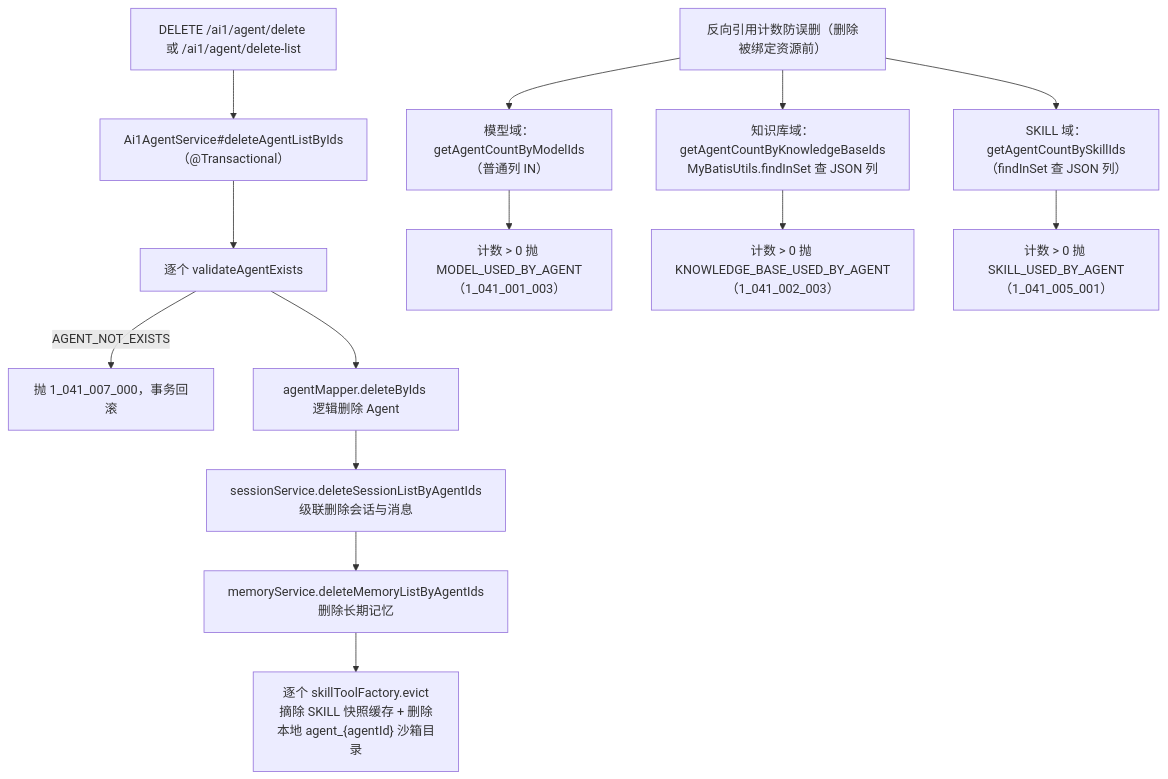
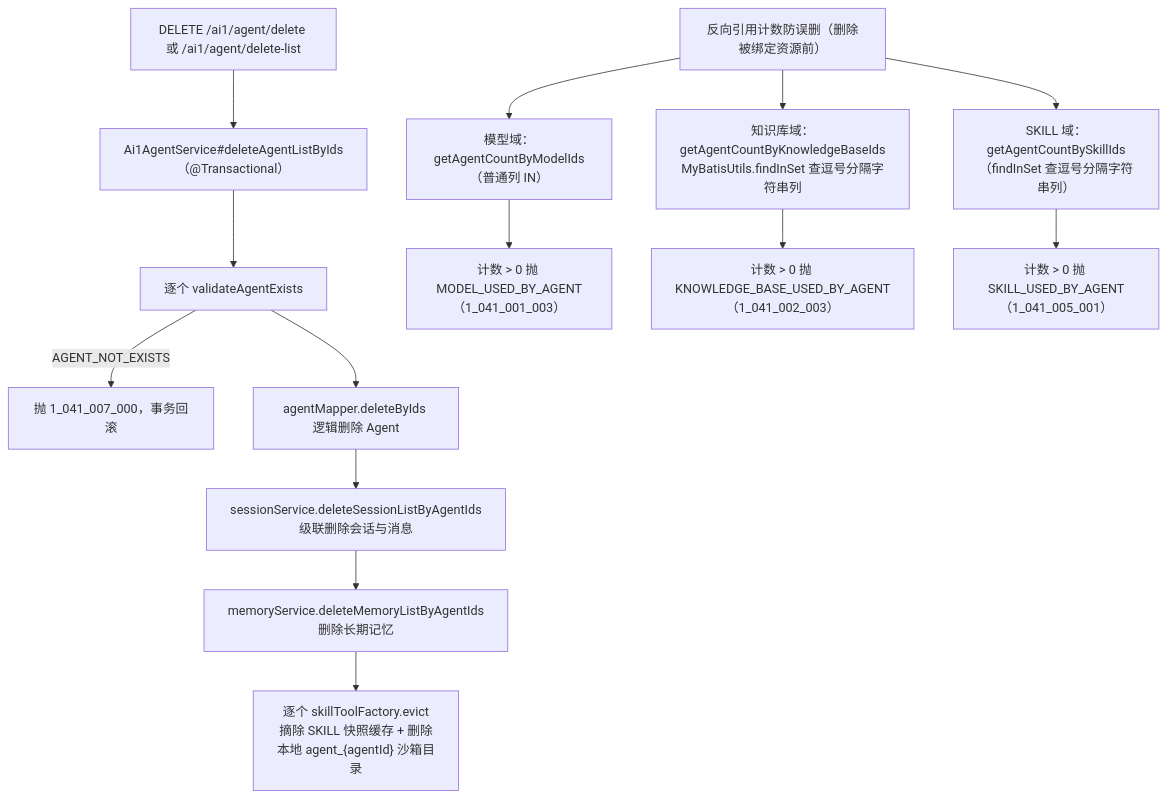
One commit to cilangzzz/yudao-skill-pro changed the second of 2 diagrams in docs/modules/ai1/api-agent.md. Above: the diagram before and after it, drawn with Mermaid. The commit also changed other lines of this file and 176 other files, not shown here.

````diff
--- a/docs/modules/ai1/api-agent.md
+++ b/docs/modules/ai1/api-agent.md
@@ -253,16 +253,16 @@
 ```mermaid
 flowchart TD
     A["DELETE /ai1/agent/delete 或 /ai1/agent/delete-list"] --> B["Ai1AgentService#deleteAgentListByIds（@Transactional）"]
     B --> C["逐个 validateAgentExists"]
     C -->|AGENT_NOT_EXISTS| C1["抛 1_041_007_000，事务回滚"]
     C --> D["agentMapper.deleteByIds 逻辑删除 Agent"]
     D --> E["sessionService.deleteSessionListByAgentIds<br/>级联删除会话与消息"]
     E --> F["memoryService.deleteMemoryListByAgentIds<br/>删除长期记忆"]
     F --> G["逐个 skillToolFactory.evict<br/>摘除 SKILL 快照缓存 + 删除本地 agent_{agentId} 沙箱目录"]
     H["反向引用计数防误删（删除被绑定资源前）"] --> I["模型域：getAgentCountByModelIds（普通列 IN）"]
-    H --> J["知识库域：getAgentCountByKnowledgeBaseIds<br/>MyBatisUtils.findInSet 查 JSON 列"]
-    H --> K["SKILL 域：getAgentCountBySkillIds（findInSet 查 JSON 列）"]
+    H --> J["知识库域：getAgentCountByKnowledgeBaseIds<br/>MyBatisUtils.findInSet 查逗号分隔字符串列"]
+    H --> K["SKILL 域：getAgentCountBySkillIds（findInSet 查逗号分隔字符串列）"]
     I --> L["计数 > 0 抛 MODEL_USED_BY_AGENT（1_041_001_003）"]
     J --> M["计数 > 0 抛 KNOWLEDGE_BASE_USED_BY_AGENT（1_041_002_003）"]
     K --> N["计数 > 0 抛 SKILL_USED_BY_AGENT（1_041_005_001）"]
 ```
````
